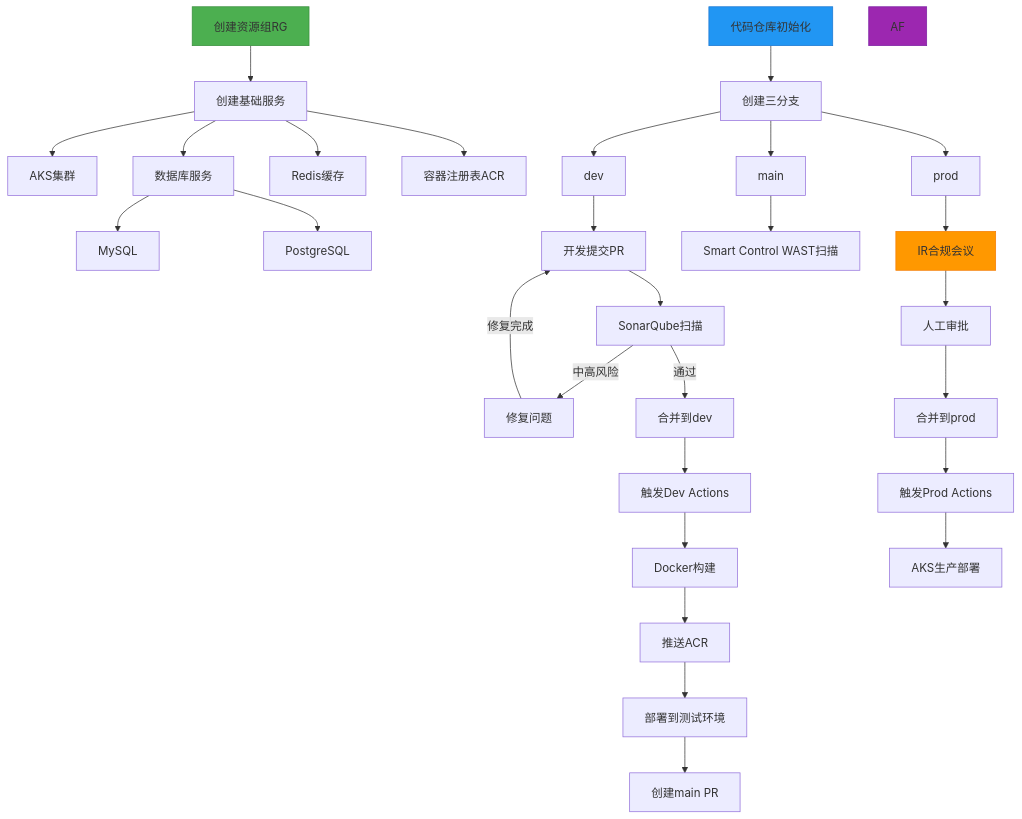
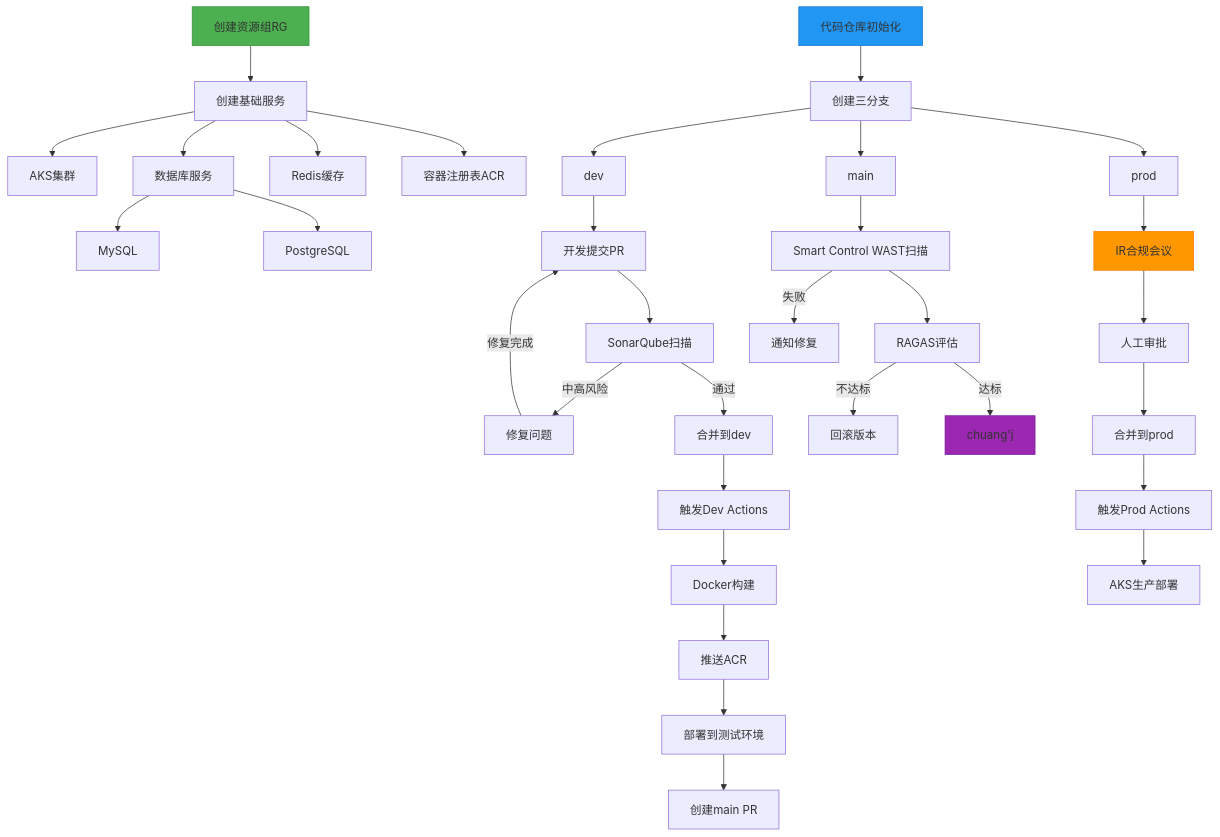
The diagram in all/未命名-1.md (funnyData/iodraw-files), drawn with Mermaid before and after one commit.

Commit message:
2025-02-27 09:20:26 update

````diff
--- a/all/未命名-1.md
+++ b/all/未命名-1.md
@@ -1,57 +1,60 @@
 ```mermaid
 graph TD
     A[创建资源组RG] --> B[创建基础服务]
     B --> C[AKS集群]
     B --> D[数据库服务]
     D --> DA[MySQL]
     D --> DB[PostgreSQL]
     B --> E[Redis缓存]
     B --> F[容器注册表ACR]
     
     G[代码仓库初始化] --> H[创建三分支]
     H --> I[dev]
     H --> J[main]
     H --> K[prod]
     K --> W[IR合规会议]
     J --> T[Smart Control WAST扫描]
     
     I --> L[开发提交PR]
     L --> M[SonarQube扫描]
     M -->|中高风险| N[修复问题]
     N -->|修复完成|L
     M -->|通过| O[合并到dev]
     
     O --> P[触发Dev Actions]
     P --> Q[Docker构建]
     Q --> R[推送ACR]
     R --> S[部署到测试环境]
     S --> SA[创建main PR]
     %% S -->V[创建生产PR]
 
     
     %% S --> T[Smart Control WAST扫描]
     %% T -->|失败| U[通知修复]
 
     
     %% T -->|通过| V[创建生产PR]
-
+T--> AD[RAGAS评估]
+    AD -->|不达标| AE[回滚版本]
+    AD -->|达标| AF[chuang'j]
+    T -->|失败| U[通知修复]
     
     %% V --> W[IR合规会议]
     W --> X[人工审批]
     X --> Y[合并到prod]
     
     Y --> Z[触发Prod Actions]
     Z --> AC[AKS生产部署]
     %% Z --> AA[安全扫描]
     %% AA -->|高风险| AB[终止部署]
     %% AA -->|通过| AC[AKS生产部署]
     
     %% AC --> AD[RAGAS评估]
     %% AD -->|不达标| AE[回滚版本]
     %% AD -->|达标| AF[完成上线]
     
     style A fill:#4CAF50,stroke:#388E3C
     style G fill:#2196F3,stroke:#1976D2
     style W fill:#FF9800,stroke:#F57C00
     style AF fill:#9C27B0,stroke:#7B1FA2
 ```
````
